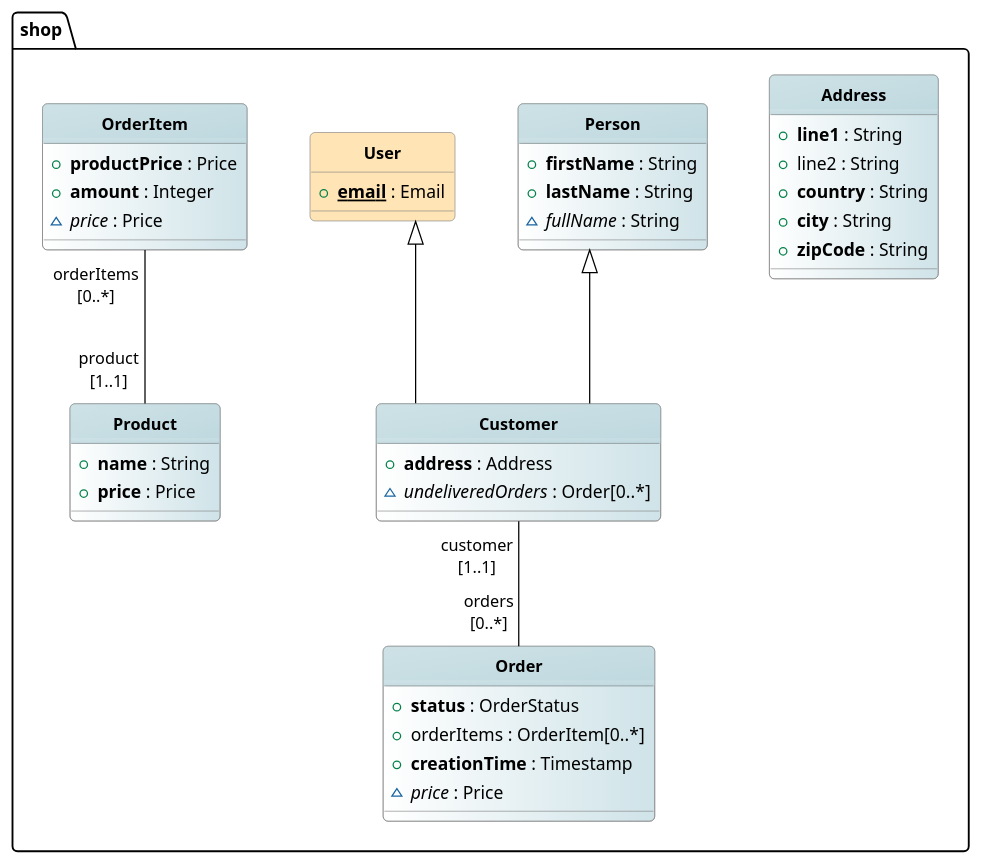
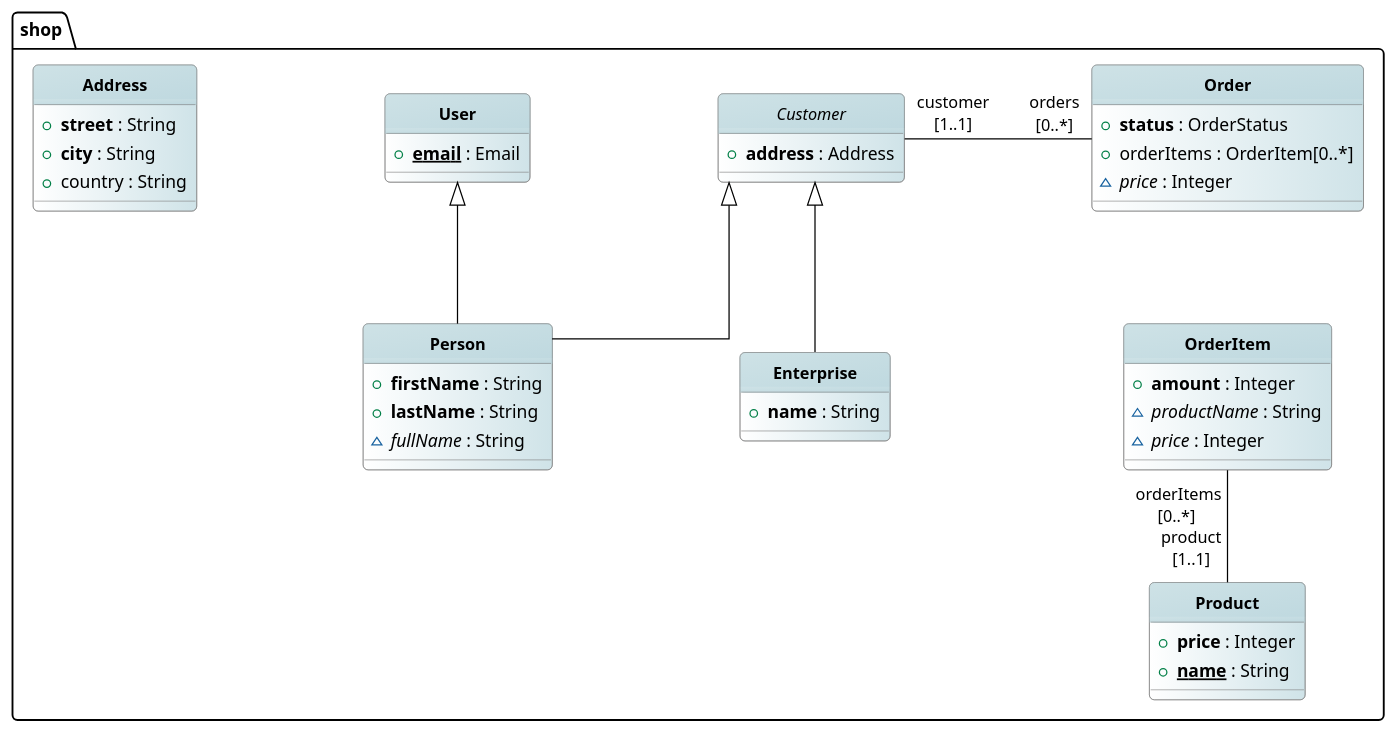
Before and after one commit to BlackBeltTechnology/judo-meta-jsl: the diagram in docs/pages/01_intro.adoc, drawn with PlantUML. The commit also changed other lines of this file and 2 other files, not shown here.

Commit message:
JNG-3874 examples to all functions

```diff
--- a/docs/pages/01_intro.adoc
+++ b/docs/pages/01_intro.adoc
@@ -117,8 +110,8 @@
 '!pragma layout smetana
 'left to right direction
 
-skinparam nodesep 50
-skinparam ranksep 100
+skinparam nodesep 150
+skinparam ranksep 90
 
 hide circle
 hide stereotype
@@ -184,49 +177,48 @@
 }	
 
 package shop {
-
-
-together {
 	class Address << Entity >>  {
-		+**line1** : String
-		+line2 : String
-		+**country** : String
-		+**city** : String
-		+**zipCode** : String
+		+<b>street</b> : String
+		+<b>city</b> : String
+		+country : String
 	}
-	class Person << Entity >>  {
-		+**firstName** : String
-		+**lastName** : String
-		~//fullName// : String
+	class User << Entity >>  {
+		+<u><b>email</b></u> : Email
 	}
-	class User <<  Abstract >>   {
-		+<u>**email**</u> : Email
+	class Customer << Abstract >>   {
+		+<b>address</b> : Address
 	}
-	class Customer << Entity >> extends User, Person {
-		+**address** : Address
-		~//undeliveredOrders// : Order[0..*]
+	class Person << Entity >> {
+		+<b>firstName</b> : String
+		+<b>lastName</b> : String
+		~<i>fullName</i> : String
+	}
+	class Enterprise << Entity >> {
+		+<b>name</b> : String
 	}
 	class Order << Entity >>  {
-		+**status** : OrderStatus
+		+<b>status</b> : OrderStatus
 		+orderItems : OrderItem[0..*]
-		+**creationTime** : Timestamp
-		~//price// : Price
+		~<i>price</i> : Integer
 	}
 	class OrderItem << Entity >>  {
-		+**productPrice** : Price
-		+**amount** : Integer
-		~//price// : Price
+		+<b>amount</b> : Integer
+		~<i>productName</i> : String
+		~<i>price</i> : Integer
 	}
 	class Product << Entity >>  {
-		+**name** : String
-		+**price** : Price
+		+<b>price</b> : Integer
+		+<u><b>name</b></u> : String
 	}
-	
 
-	Customer  "customer\n[1..1]" --   "orders\n[0..*]" Order
-	OrderItem  "orderItems\n[0..*]" --   "product\n[1..1]" Product
+	Customer  "customer\n[1..1]" -right-   "orders\n[0..*]" Order
+	OrderItem  "orderItems\n[0..*] " --   "product\n[1..1]" Product
 
+    Person -up-|> User
+    Person -up-|> Customer
+    Enterprise -up-|> Customer
 
+    Order -down[hidden]- OrderItem
 }
 
 @enduml
```
